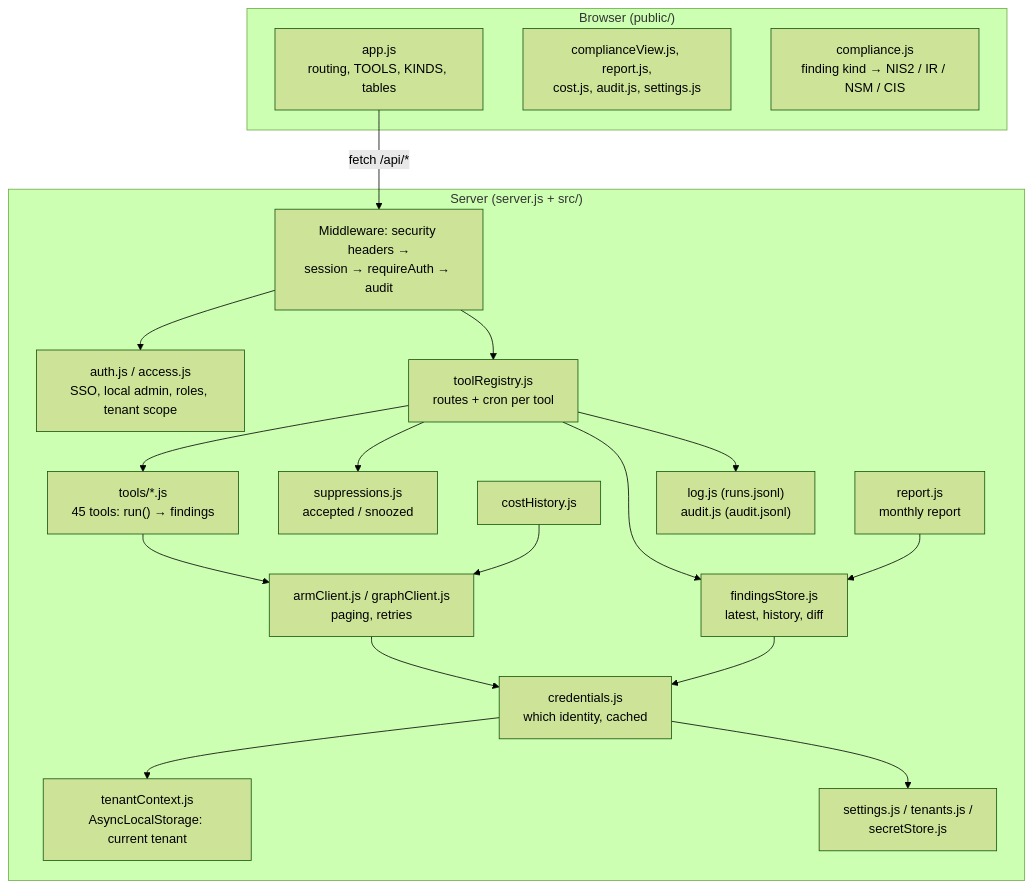
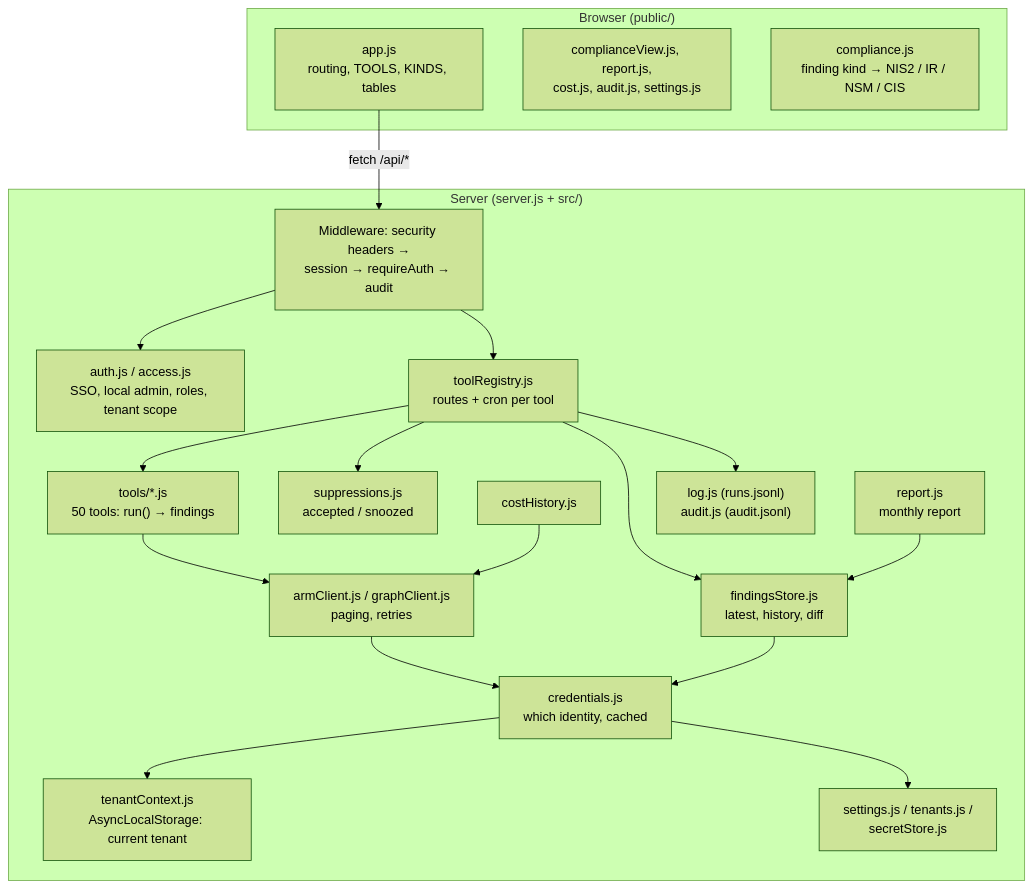
One commit to Gooseankles/cirrus-watch changed the diagram in docs/diagrams/arch-inside-app.mmd. Above: the diagram before and after it, drawn with Mermaid (forest theme). The commit also changed 38 other files, not shown here.

First line of the commit message:
0.65.0.0: signed images, OIDC restart on promote, guest owners and opt-in extra Graph checks

```diff
--- a/docs/diagrams/arch-inside-app.mmd
+++ b/docs/diagrams/arch-inside-app.mmd
@@ -1,35 +1,35 @@
 flowchart TB
   subgraph browser["Browser (public/)"]
     appjs["app.js<br/>routing, TOOLS, KINDS, tables"]
     views["complianceView.js, report.js,<br/>cost.js, audit.js, settings.js"]
     comp["compliance.js<br/>finding kind → NIS2 / IR / NSM / CIS"]
   end
   subgraph server["Server (server.js + src/)"]
     mw["Middleware: security headers →<br/>session → requireAuth → audit"]
     auth["auth.js / access.js<br/>SSO, local admin, roles, tenant scope"]
     reg["toolRegistry.js<br/>routes + cron per tool"]
-    tools["tools/*.js<br/>45 tools: run() → findings"]
+    tools["tools/*.js<br/>50 tools: run() → findings"]
     clients["armClient.js / graphClient.js<br/>paging, retries"]
     cred["credentials.js<br/>which identity, cached"]
     ctx["tenantContext.js<br/>AsyncLocalStorage: current tenant"]
     store["findingsStore.js<br/>latest, history, diff"]
     supp["suppressions.js<br/>accepted / snoozed"]
     cost["costHistory.js"]
     rep["report.js<br/>monthly report"]
     cfg["settings.js / tenants.js /<br/>secretStore.js"]
     logs["log.js (runs.jsonl)<br/>audit.js (audit.jsonl)"]
   end
   appjs -- "fetch /api/*" --> mw
   mw --> auth
   mw --> reg
   reg --> tools
   tools --> clients
   clients --> cred
   cred --> ctx
   cred --> cfg
   reg --> store
   reg --> supp
   reg --> logs
   rep --> store
   cost --> clients
   store --> cred
```
